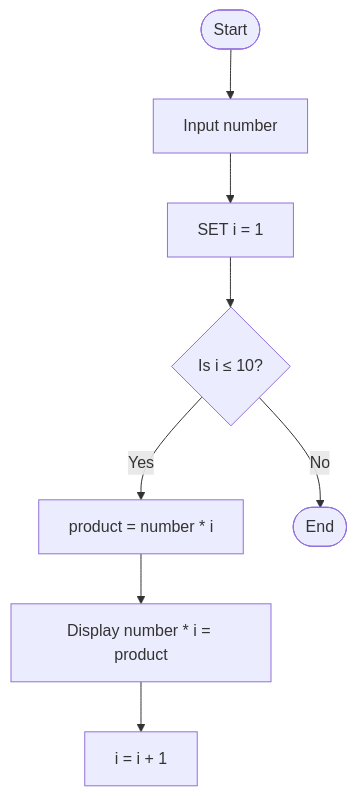
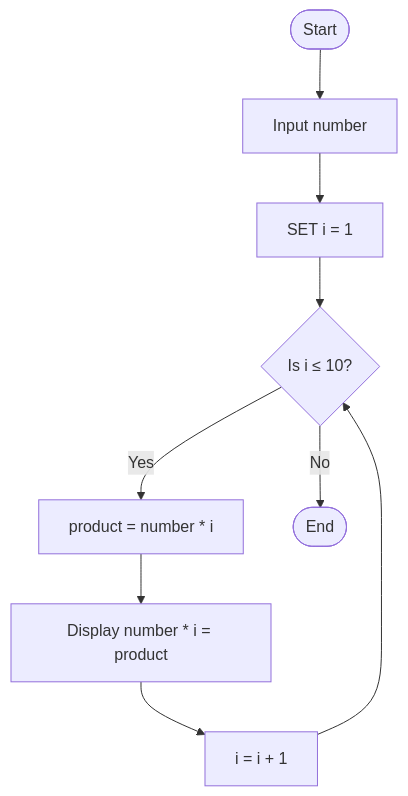
One commit to Gloriane7767/Workshop_Algorithm_Flowchart changed the third of 3 diagrams in README.md. Above: the diagram before and after it, drawn with Mermaid.

Commit message:
Fix formatting in README flowchart section

````diff
--- a/README.md
+++ b/README.md
@@ -97,11 +97,13 @@
 ```mermaid
 flowchart TD
     A([Start]) --> B[Input number]
     B --> C[SET i = 1]
     C --> D{Is i ≤ 10?}
     D -- Yes --> E[product = number * i]
     E --> F[Display number * i = product]
     F --> G[i = i + 1]
+    G --> D
     D -- No --> H([End])
+  
 
 ```
````
